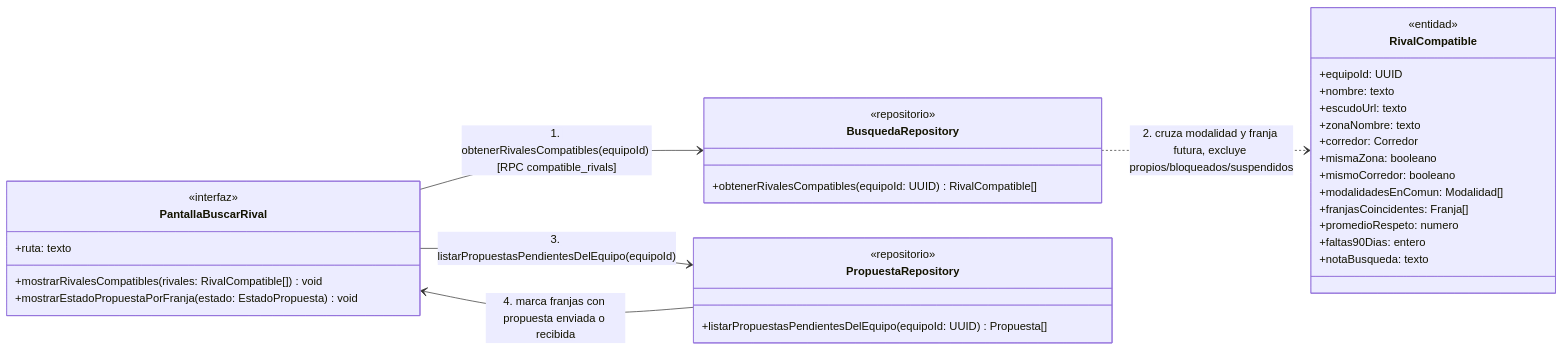
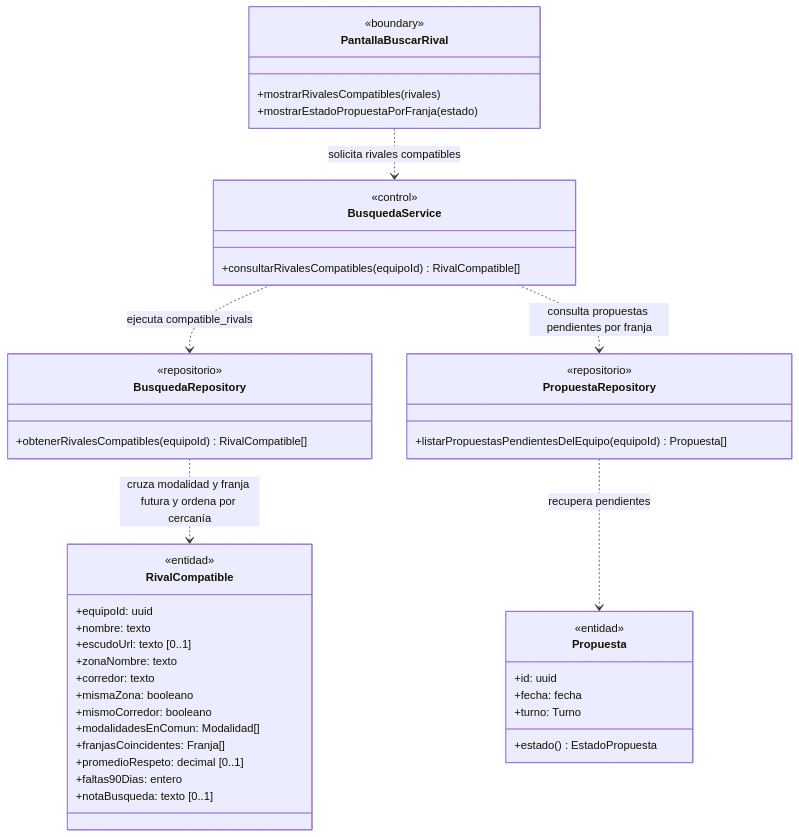
The fourth of 15 diagrams in docs/diagramas-de-clase/partidos.md (nicqletal/torneos-scraper), drawn with Mermaid before and after one commit. The commit also changed other lines of this file and 12 other files, not shown here.

Commit message:
Correcion Diagramas de Clase

````diff
--- a/docs/diagramas-de-clase/partidos.md
+++ b/docs/diagramas-de-clase/partidos.md
@@ -329,42 +295,48 @@
 ```mermaid
 classDiagram
-    direction LR
-
-    class PantallaBuscarRival {
-        <<interfaz>>
-        +ruta: texto
-        +mostrarRivalesCompatibles(rivales: RivalCompatible[]) void
-        +mostrarEstadoPropuestaPorFranja(estado: EstadoPropuesta) void
-    }
-
-    class BusquedaRepository {
-        <<repositorio>>
-        +obtenerRivalesCompatibles(equipoId: UUID) RivalCompatible[]
-    }
-
-    class PropuestaRepository {
-        <<repositorio>>
-        +listarPropuestasPendientesDelEquipo(equipoId: UUID) Propuesta[]
-    }
-
-    class RivalCompatible {
-        <<entidad>>
-        +equipoId: UUID
-        +nombre: texto
-        +escudoUrl: texto
-        +zonaNombre: texto
-        +corredor: Corredor
-        +mismaZona: booleano
-        +mismoCorredor: booleano
-        +modalidadesEnComun: Modalidad[]
-        +franjasCoincidentes: Franja[]
-        +promedioRespeto: numero
-        +faltas90Dias: entero
-        +notaBusqueda: texto
-    }
-
-    PantallaBuscarRival --> BusquedaRepository : 1. obtenerRivalesCompatibles(equipoId) [RPC compatible_rivals]
-    BusquedaRepository ..> RivalCompatible : 2. cruza modalidad y franja futura, excluye propios/bloqueados/suspendidos
-    PantallaBuscarRival --> PropuestaRepository : 3. listarPropuestasPendientesDelEquipo(equipoId)
-    PropuestaRepository --> PantallaBuscarRival : 4. marca franjas con propuesta enviada o recibida
+direction TB
+class PantallaBuscarRival {
+  <<boundary>>
+  +mostrarRivalesCompatibles(rivales)
+  +mostrarEstadoPropuestaPorFranja(estado)
+}
+class BusquedaService {
+  <<control>>
+  +consultarRivalesCompatibles(equipoId) RivalCompatible[]
+}
+class BusquedaRepository {
+  <<repositorio>>
+  +obtenerRivalesCompatibles(equipoId) RivalCompatible[]
+}
+class PropuestaRepository {
+  <<repositorio>>
+  +listarPropuestasPendientesDelEquipo(equipoId) Propuesta[]
+}
+class RivalCompatible {
+  <<entidad>>
+  +equipoId: uuid
+  +nombre: texto
+  +escudoUrl: texto [0..1]
+  +zonaNombre: texto
+  +corredor: texto
+  +mismaZona: booleano
+  +mismoCorredor: booleano
+  +modalidadesEnComun: Modalidad[]
+  +franjasCoincidentes: Franja[]
+  +promedioRespeto: decimal [0..1]
+  +faltas90Dias: entero
+  +notaBusqueda: texto [0..1]
+}
+class Propuesta {
+  <<entidad>>
+  +id: uuid
+  +fecha: fecha
+  +turno: Turno
+  +estado() EstadoPropuesta
+}
+PantallaBuscarRival ..> BusquedaService : solicita rivales compatibles
+BusquedaService ..> BusquedaRepository : ejecuta compatible_rivals
+BusquedaService ..> PropuestaRepository : consulta propuestas pendientes por franja
+BusquedaRepository ..> RivalCompatible : cruza modalidad y franja futura y ordena por cercanía
+PropuestaRepository ..> Propuesta : recupera pendientes
 ```
````
